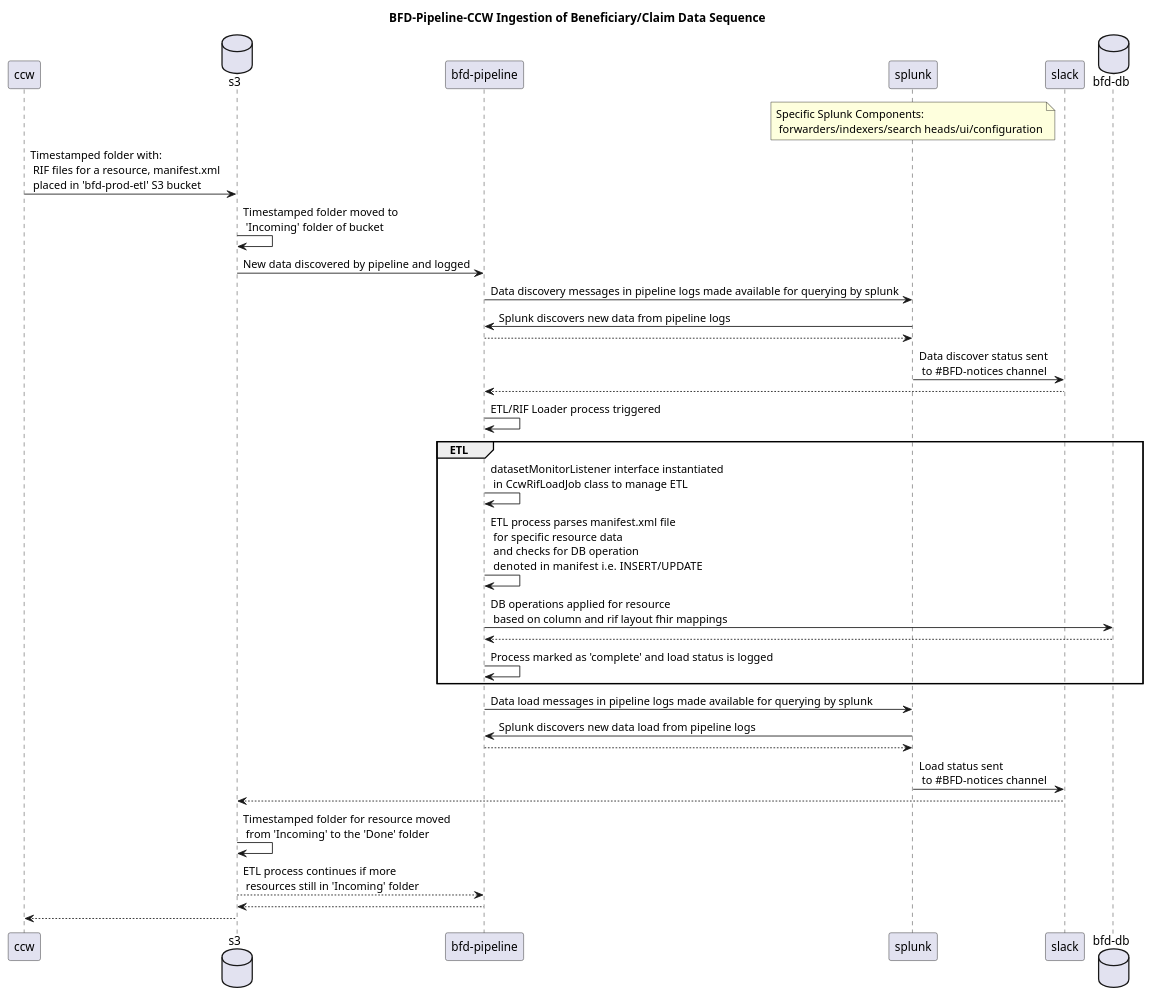
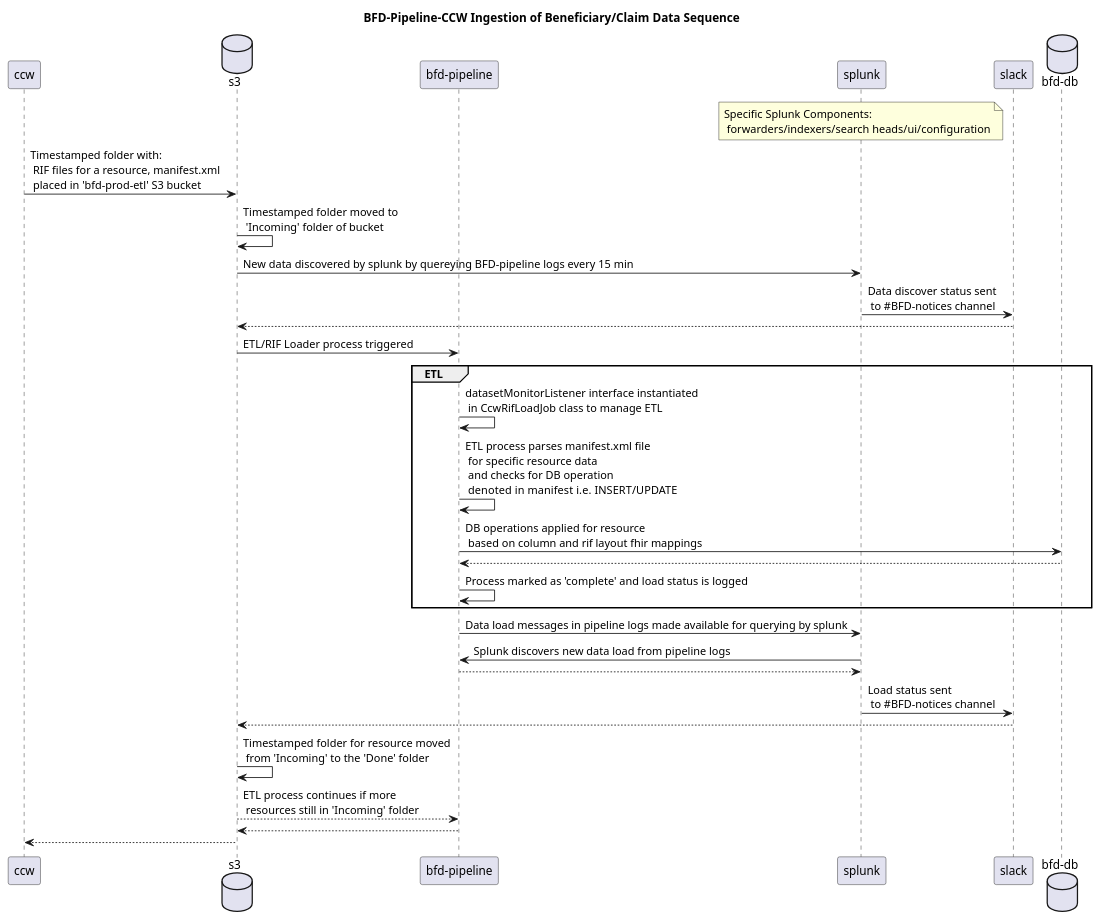
Before and after one commit to CMSgov/beneficiary-fhir-data: the diagram in docs/assets/fhir-resource-ingestion-digestion-diagrams/bfd-pipeline-ccw-ingestion.plantuml, drawn with PlantUML. The commit also changed 1 other file, not shown here.

Commit message:
update rif diagram for simplicty

```diff
--- a/docs/assets/fhir-resource-ingestion-digestion-diagrams/bfd-pipeline-ccw-ingestion.plantuml
+++ b/docs/assets/fhir-resource-ingestion-digestion-diagrams/bfd-pipeline-ccw-ingestion.plantuml
@@ -1,35 +1,32 @@
 @startuml
 title BFD-Pipeline-CCW Ingestion of Beneficiary/Claim Data Sequence
 participant ccw
 database s3
 participant "bfd-pipeline"
 participant splunk
 note over splunk: Specific Splunk Components: \n forwarders/indexers/search heads/ui/configuration
 participant slack
 database "bfd-db"
 ccw -> s3: Timestamped folder with: \n RIF files for a resource, manifest.xml \n placed in 'bfd-prod-etl' S3 bucket  
 s3 -> s3: Timestamped folder moved to \n 'Incoming' folder of bucket
-s3 -> "bfd-pipeline": New data discovered by pipeline and logged
-"bfd-pipeline" -> splunk: Data discovery messages in pipeline logs made available for querying by splunk
-splunk -> "bfd-pipeline": Splunk discovers new data from pipeline logs
-"bfd-pipeline" --> splunk
+s3 -> splunk: New data discovered by splunk by quereying BFD-pipeline logs every 15 min
 splunk -> slack: Data discover status sent \n to #BFD-notices channel
-slack --> "bfd-pipeline" 
-"bfd-pipeline" -> "bfd-pipeline": ETL/RIF Loader process triggered
+slack --> s3
+s3 -> "bfd-pipeline": ETL/RIF Loader process triggered 
 group ETL
 "bfd-pipeline" -> "bfd-pipeline": datasetMonitorListener interface instantiated \n in CcwRifLoadJob class to manage ETL
 "bfd-pipeline" -> "bfd-pipeline": ETL process parses manifest.xml file \n for specific resource data \n and checks for DB operation \n denoted  in manifest i.e. INSERT/UPDATE
 "bfd-pipeline" -> "bfd-db": DB operations applied for resource \n based on column and rif layout fhir mappings
 "bfd-db" --> "bfd-pipeline"
 "bfd-pipeline" -> "bfd-pipeline": Process marked as 'complete' and load status is logged
 end
 "bfd-pipeline" -> splunk: Data load messages in pipeline logs made available for querying by splunk
 splunk -> "bfd-pipeline": Splunk discovers new data load from pipeline logs
 "bfd-pipeline" --> splunk
 splunk -> slack: Load status sent \n to #BFD-notices channel
 slack --> s3
 s3 -> s3: Timestamped folder for resource moved \n from 'Incoming' to the 'Done' folder
 s3 --> "bfd-pipeline": ETL process continues if more \n resources still in 'Incoming' folder
 "bfd-pipeline" --> s3
 s3--> ccw
 @enduml
```
